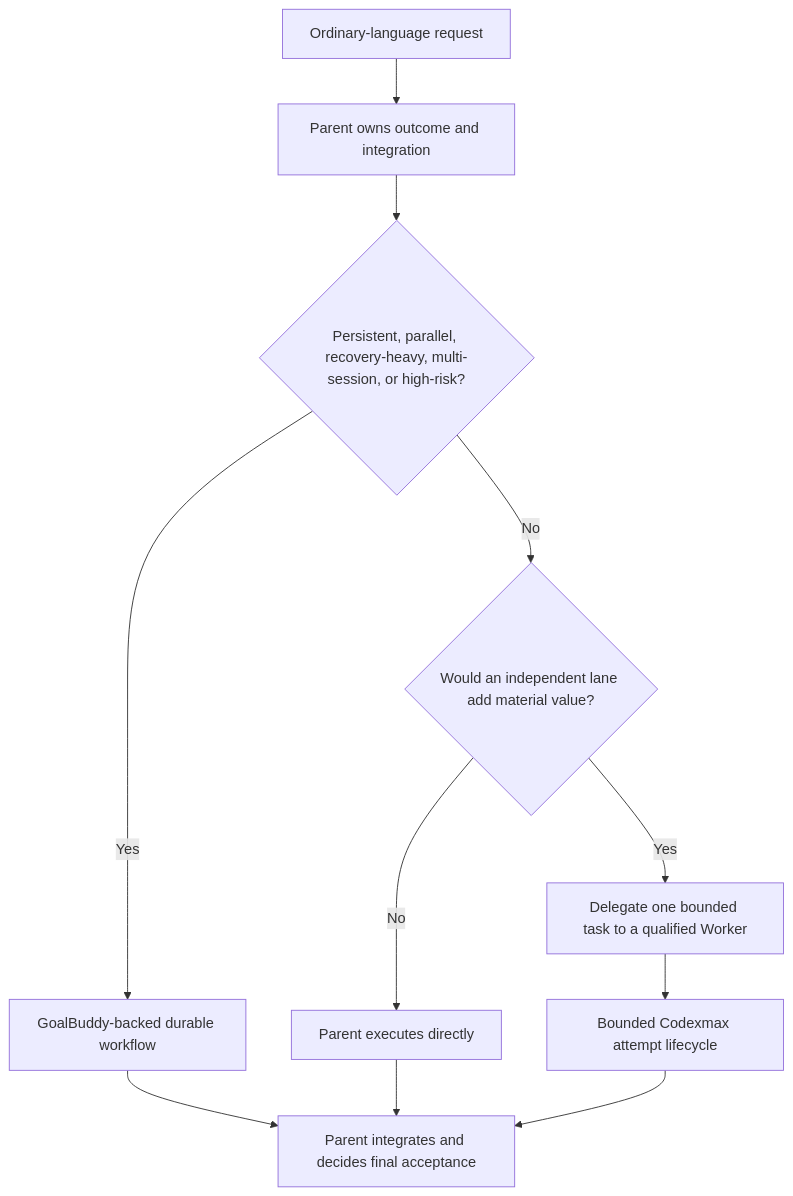
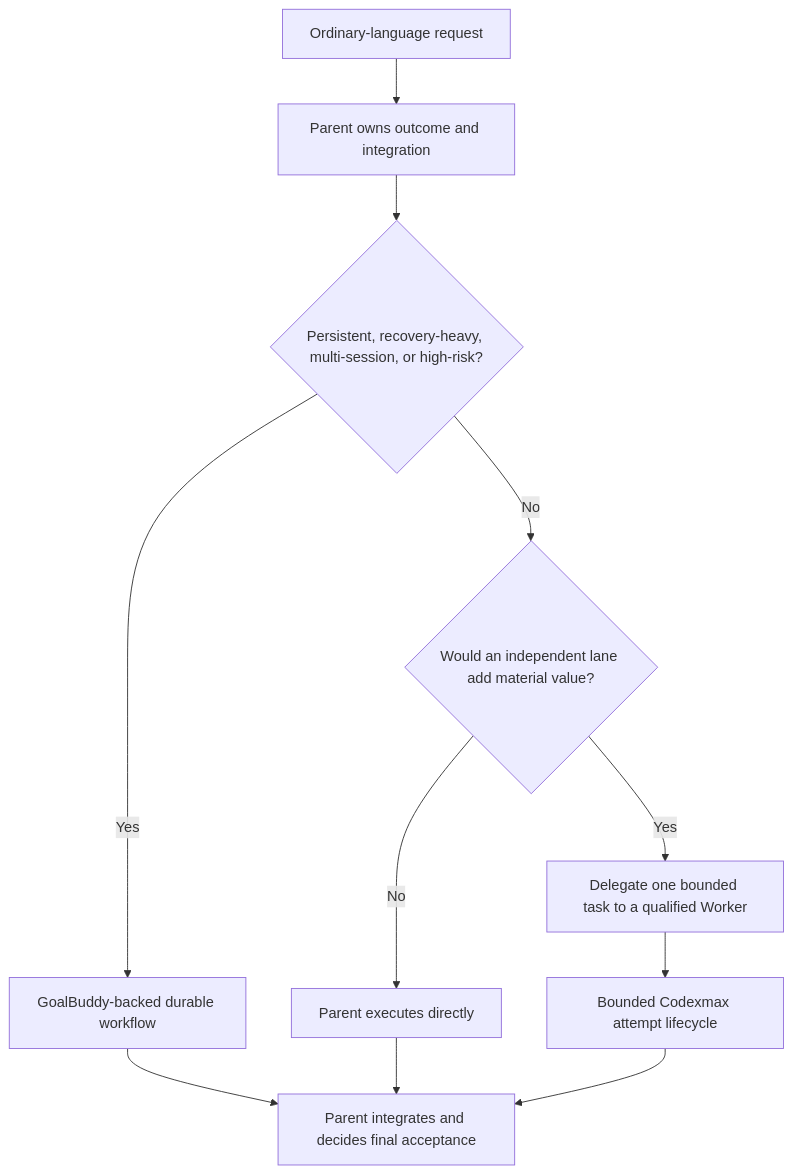
One commit to Vel-Labs/orcastrata-max changed the diagram in plugins/codexmax-orchestrator/assets/contracts/guided-journey.md. Above: the diagram before and after it, drawn with Mermaid. The commit also changed other lines of this file and 10 other files, not shown here.

````diff
--- a/plugins/codexmax-orchestrator/assets/contracts/guided-journey.md
+++ b/plugins/codexmax-orchestrator/assets/contracts/guided-journey.md
@@ -40,13 +40,13 @@
 ```mermaid
 flowchart TD
   R["Ordinary-language request"] --> P["Parent owns outcome and integration"]
-  P --> D{"Persistent, parallel, recovery-heavy, multi-session, or high-risk?"}
+  P --> D{"Persistent, recovery-heavy, multi-session, or high-risk?"}
   D -->|Yes| G["GoalBuddy-backed durable workflow"]
   D -->|No| V{"Would an independent lane add material value?"}
   V -->|No| X["Parent executes directly"]
   V -->|Yes| W["Delegate one bounded task to a qualified Worker"]
   W --> B["Bounded Codexmax attempt lifecycle"]
   B --> I["Parent integrates and decides final acceptance"]
   G --> I
   X --> I
 ```
````
